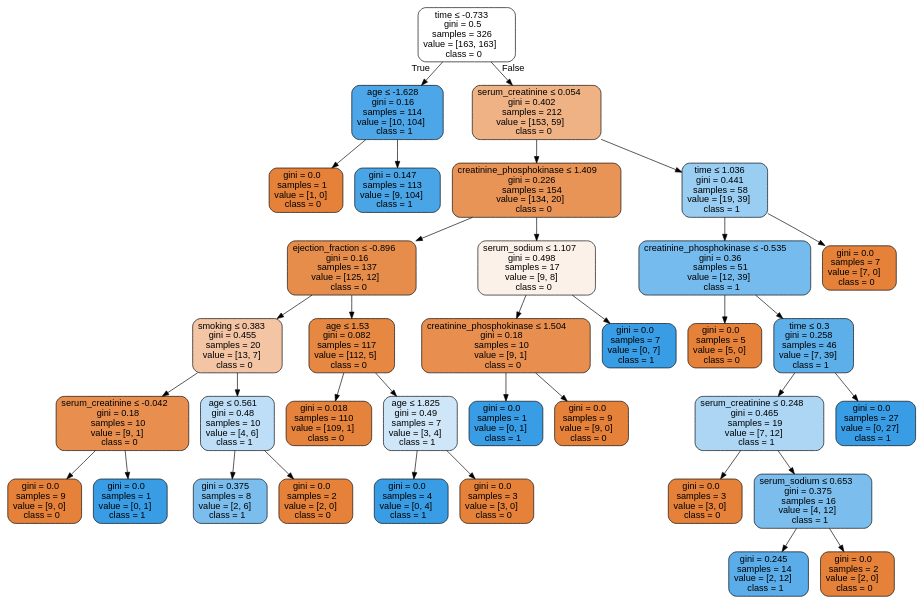
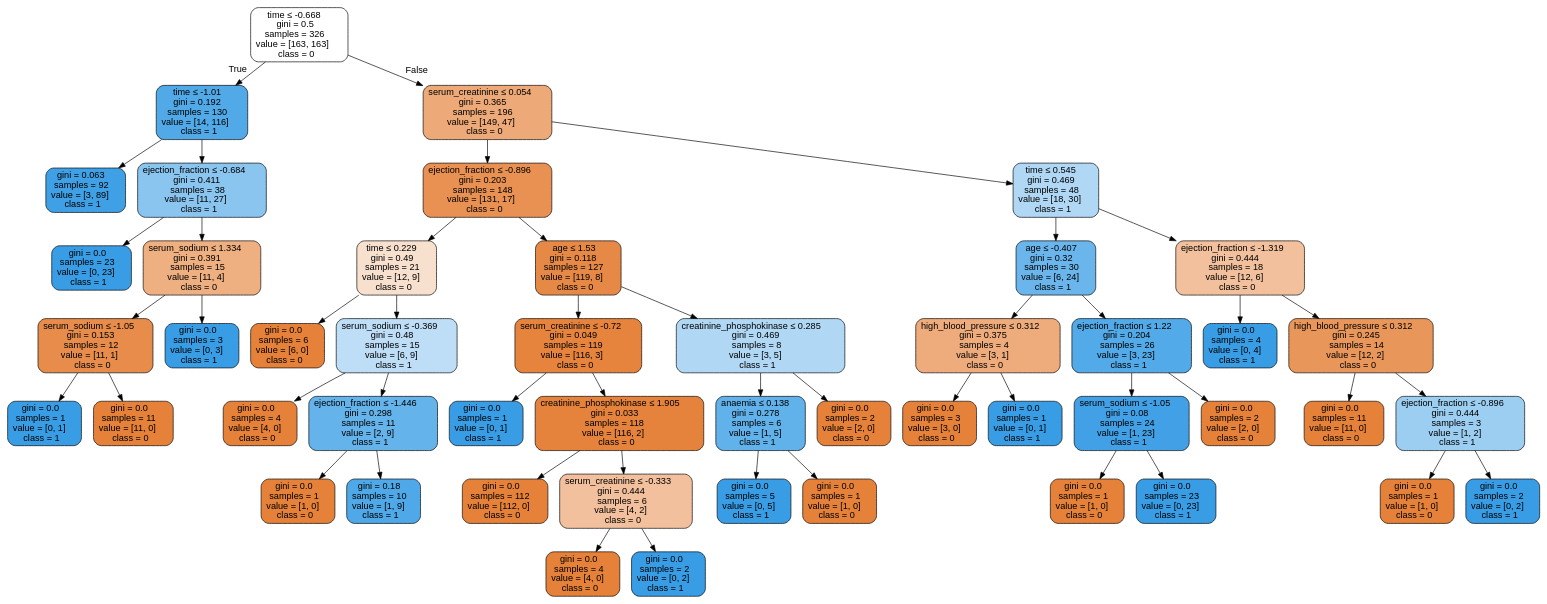
One commit to isabelSoares/CD-2021 changed the diagram in Labs/NewClassifiers/Results/DecisionTrees/OverSample/ - Scaling & Feature Selection/HFCR - OverSample - dtree.dot. Above: the diagram before and after it, drawn with Graphviz. The commit also changed 261 other files, not shown here.

```diff
--- a/Labs/NewClassifiers/Results/DecisionTrees/OverSample/ - Scaling & Feature Selection/HFCR - OverSample - dtree.dot
+++ b/Labs/NewClassifiers/Results/DecisionTrees/OverSample/ - Scaling & Feature Selection/HFCR - OverSample - dtree.dot
@@ -1,73 +1,101 @@
 digraph Tree {
 node [shape=box, style="filled, rounded", color="black", fontname=helvetica] ;
 edge [fontname=helvetica] ;
-0 [label=<time &le; -0.733<br/>gini = 0.5<br/>samples = 326<br/>value = [163, 163]<br/>class = 0>, fillcolor="#ffffff"] ;
-1 [label=<age &le; -1.628<br/>gini = 0.16<br/>samples = 114<br/>value = [10, 104]<br/>class = 1>, fillcolor="#4ca6e8"] ;
+0 [label=<time &le; -0.668<br/>gini = 0.5<br/>samples = 326<br/>value = [163, 163]<br/>class = 0>, fillcolor="#ffffff"] ;
+1 [label=<time &le; -1.01<br/>gini = 0.192<br/>samples = 130<br/>value = [14, 116]<br/>class = 1>, fillcolor="#51a9e8"] ;
 0 -> 1 [labeldistance=2.5, labelangle=45, headlabel="True"] ;
-2 [label=<gini = 0.0<br/>samples = 1<br/>value = [1, 0]<br/>class = 0>, fillcolor="#e58139"] ;
+2 [label=<gini = 0.063<br/>samples = 92<br/>value = [3, 89]<br/>class = 1>, fillcolor="#40a0e6"] ;
 1 -> 2 ;
-3 [label=<gini = 0.147<br/>samples = 113<br/>value = [9, 104]<br/>class = 1>, fillcolor="#4aa5e7"] ;
+3 [label=<ejection_fraction &le; -0.684<br/>gini = 0.411<br/>samples = 38<br/>value = [11, 27]<br/>class = 1>, fillcolor="#8ac5f0"] ;
 1 -> 3 ;
-4 [label=<serum_creatinine &le; 0.054<br/>gini = 0.402<br/>samples = 212<br/>value = [153, 59]<br/>class = 0>, fillcolor="#efb285"] ;
-0 -> 4 [labeldistance=2.5, labelangle=-45, headlabel="False"] ;
-5 [label=<creatinine_phosphokinase &le; 1.409<br/>gini = 0.226<br/>samples = 154<br/>value = [134, 20]<br/>class = 0>, fillcolor="#e99457"] ;
-4 -> 5 ;
-6 [label=<ejection_fraction &le; -0.896<br/>gini = 0.16<br/>samples = 137<br/>value = [125, 12]<br/>class = 0>, fillcolor="#e78d4c"] ;
+4 [label=<gini = 0.0<br/>samples = 23<br/>value = [0, 23]<br/>class = 1>, fillcolor="#399de5"] ;
+3 -> 4 ;
+5 [label=<serum_sodium &le; 1.334<br/>gini = 0.391<br/>samples = 15<br/>value = [11, 4]<br/>class = 0>, fillcolor="#eeaf81"] ;
+3 -> 5 ;
+6 [label=<serum_sodium &le; -1.05<br/>gini = 0.153<br/>samples = 12<br/>value = [11, 1]<br/>class = 0>, fillcolor="#e78c4b"] ;
 5 -> 6 ;
-7 [label=<smoking &le; 0.383<br/>gini = 0.455<br/>samples = 20<br/>value = [13, 7]<br/>class = 0>, fillcolor="#f3c5a4"] ;
+7 [label=<gini = 0.0<br/>samples = 1<br/>value = [0, 1]<br/>class = 1>, fillcolor="#399de5"] ;
 6 -> 7 ;
-8 [label=<serum_creatinine &le; -0.042<br/>gini = 0.18<br/>samples = 10<br/>value = [9, 1]<br/>class = 0>, fillcolor="#e88f4f"] ;
-7 -> 8 ;
-9 [label=<gini = 0.0<br/>samples = 9<br/>value = [9, 0]<br/>class = 0>, fillcolor="#e58139"] ;
-8 -> 9 ;
-10 [label=<gini = 0.0<br/>samples = 1<br/>value = [0, 1]<br/>class = 1>, fillcolor="#399de5"] ;
-8 -> 10 ;
-11 [label=<age &le; 0.561<br/>gini = 0.48<br/>samples = 10<br/>value = [4, 6]<br/>class = 1>, fillcolor="#bddef6"] ;
-7 -> 11 ;
-12 [label=<gini = 0.375<br/>samples = 8<br/>value = [2, 6]<br/>class = 1>, fillcolor="#7bbeee"] ;
+8 [label=<gini = 0.0<br/>samples = 11<br/>value = [11, 0]<br/>class = 0>, fillcolor="#e58139"] ;
+6 -> 8 ;
+9 [label=<gini = 0.0<br/>samples = 3<br/>value = [0, 3]<br/>class = 1>, fillcolor="#399de5"] ;
+5 -> 9 ;
+10 [label=<serum_creatinine &le; 0.054<br/>gini = 0.365<br/>samples = 196<br/>value = [149, 47]<br/>class = 0>, fillcolor="#eda977"] ;
+0 -> 10 [labeldistance=2.5, labelangle=-45, headlabel="False"] ;
+11 [label=<ejection_fraction &le; -0.896<br/>gini = 0.203<br/>samples = 148<br/>value = [131, 17]<br/>class = 0>, fillcolor="#e89153"] ;
+10 -> 11 ;
+12 [label=<time &le; 0.229<br/>gini = 0.49<br/>samples = 21<br/>value = [12, 9]<br/>class = 0>, fillcolor="#f8e0ce"] ;
 11 -> 12 ;
-13 [label=<gini = 0.0<br/>samples = 2<br/>value = [2, 0]<br/>class = 0>, fillcolor="#e58139"] ;
-11 -> 13 ;
-14 [label=<age &le; 1.53<br/>gini = 0.082<br/>samples = 117<br/>value = [112, 5]<br/>class = 0>, fillcolor="#e68742"] ;
-6 -> 14 ;
-15 [label=<gini = 0.018<br/>samples = 110<br/>value = [109, 1]<br/>class = 0>, fillcolor="#e5823b"] ;
+13 [label=<gini = 0.0<br/>samples = 6<br/>value = [6, 0]<br/>class = 0>, fillcolor="#e58139"] ;
+12 -> 13 ;
+14 [label=<serum_sodium &le; -0.369<br/>gini = 0.48<br/>samples = 15<br/>value = [6, 9]<br/>class = 1>, fillcolor="#bddef6"] ;
+12 -> 14 ;
+15 [label=<gini = 0.0<br/>samples = 4<br/>value = [4, 0]<br/>class = 0>, fillcolor="#e58139"] ;
 14 -> 15 ;
-16 [label=<age &le; 1.825<br/>gini = 0.49<br/>samples = 7<br/>value = [3, 4]<br/>class = 1>, fillcolor="#cee6f8"] ;
+16 [label=<ejection_fraction &le; -1.446<br/>gini = 0.298<br/>samples = 11<br/>value = [2, 9]<br/>class = 1>, fillcolor="#65b3eb"] ;
 14 -> 16 ;
-17 [label=<gini = 0.0<br/>samples = 4<br/>value = [0, 4]<br/>class = 1>, fillcolor="#399de5"] ;
+17 [label=<gini = 0.0<br/>samples = 1<br/>value = [1, 0]<br/>class = 0>, fillcolor="#e58139"] ;
 16 -> 17 ;
-18 [label=<gini = 0.0<br/>samples = 3<br/>value = [3, 0]<br/>class = 0>, fillcolor="#e58139"] ;
+18 [label=<gini = 0.18<br/>samples = 10<br/>value = [1, 9]<br/>class = 1>, fillcolor="#4fa8e8"] ;
 16 -> 18 ;
-19 [label=<serum_sodium &le; 1.107<br/>gini = 0.498<br/>samples = 17<br/>value = [9, 8]<br/>class = 0>, fillcolor="#fcf1e9"] ;
-5 -> 19 ;
-20 [label=<creatinine_phosphokinase &le; 1.504<br/>gini = 0.18<br/>samples = 10<br/>value = [9, 1]<br/>class = 0>, fillcolor="#e88f4f"] ;
+19 [label=<age &le; 1.53<br/>gini = 0.118<br/>samples = 127<br/>value = [119, 8]<br/>class = 0>, fillcolor="#e78946"] ;
+11 -> 19 ;
+20 [label=<serum_creatinine &le; -0.72<br/>gini = 0.049<br/>samples = 119<br/>value = [116, 3]<br/>class = 0>, fillcolor="#e6843e"] ;
 19 -> 20 ;
 21 [label=<gini = 0.0<br/>samples = 1<br/>value = [0, 1]<br/>class = 1>, fillcolor="#399de5"] ;
 20 -> 21 ;
-22 [label=<gini = 0.0<br/>samples = 9<br/>value = [9, 0]<br/>class = 0>, fillcolor="#e58139"] ;
+22 [label=<creatinine_phosphokinase &le; 1.905<br/>gini = 0.033<br/>samples = 118<br/>value = [116, 2]<br/>class = 0>, fillcolor="#e5833c"] ;
 20 -> 22 ;
-23 [label=<gini = 0.0<br/>samples = 7<br/>value = [0, 7]<br/>class = 1>, fillcolor="#399de5"] ;
-19 -> 23 ;
-24 [label=<time &le; 1.036<br/>gini = 0.441<br/>samples = 58<br/>value = [19, 39]<br/>class = 1>, fillcolor="#99cdf2"] ;
-4 -> 24 ;
-25 [label=<creatinine_phosphokinase &le; -0.535<br/>gini = 0.36<br/>samples = 51<br/>value = [12, 39]<br/>class = 1>, fillcolor="#76bbed"] ;
+23 [label=<gini = 0.0<br/>samples = 112<br/>value = [112, 0]<br/>class = 0>, fillcolor="#e58139"] ;
+22 -> 23 ;
+24 [label=<serum_creatinine &le; -0.333<br/>gini = 0.444<br/>samples = 6<br/>value = [4, 2]<br/>class = 0>, fillcolor="#f2c09c"] ;
+22 -> 24 ;
+25 [label=<gini = 0.0<br/>samples = 4<br/>value = [4, 0]<br/>class = 0>, fillcolor="#e58139"] ;
 24 -> 25 ;
-26 [label=<gini = 0.0<br/>samples = 5<br/>value = [5, 0]<br/>class = 0>, fillcolor="#e58139"] ;
-25 -> 26 ;
-27 [label=<time &le; 0.3<br/>gini = 0.258<br/>samples = 46<br/>value = [7, 39]<br/>class = 1>, fillcolor="#5dafea"] ;
-25 -> 27 ;
-28 [label=<serum_creatinine &le; 0.248<br/>gini = 0.465<br/>samples = 19<br/>value = [7, 12]<br/>class = 1>, fillcolor="#acd6f4"] ;
+26 [label=<gini = 0.0<br/>samples = 2<br/>value = [0, 2]<br/>class = 1>, fillcolor="#399de5"] ;
+24 -> 26 ;
+27 [label=<creatinine_phosphokinase &le; 0.285<br/>gini = 0.469<br/>samples = 8<br/>value = [3, 5]<br/>class = 1>, fillcolor="#b0d8f5"] ;
+19 -> 27 ;
+28 [label=<anaemia &le; 0.138<br/>gini = 0.278<br/>samples = 6<br/>value = [1, 5]<br/>class = 1>, fillcolor="#61b1ea"] ;
 27 -> 28 ;
-29 [label=<gini = 0.0<br/>samples = 3<br/>value = [3, 0]<br/>class = 0>, fillcolor="#e58139"] ;
+29 [label=<gini = 0.0<br/>samples = 5<br/>value = [0, 5]<br/>class = 1>, fillcolor="#399de5"] ;
 28 -> 29 ;
-30 [label=<serum_sodium &le; 0.653<br/>gini = 0.375<br/>samples = 16<br/>value = [4, 12]<br/>class = 1>, fillcolor="#7bbeee"] ;
+30 [label=<gini = 0.0<br/>samples = 1<br/>value = [1, 0]<br/>class = 0>, fillcolor="#e58139"] ;
 28 -> 30 ;
-31 [label=<gini = 0.245<br/>samples = 14<br/>value = [2, 12]<br/>class = 1>, fillcolor="#5aade9"] ;
-30 -> 31 ;
-32 [label=<gini = 0.0<br/>samples = 2<br/>value = [2, 0]<br/>class = 0>, fillcolor="#e58139"] ;
-30 -> 32 ;
-33 [label=<gini = 0.0<br/>samples = 27<br/>value = [0, 27]<br/>class = 1>, fillcolor="#399de5"] ;
-27 -> 33 ;
-34 [label=<gini = 0.0<br/>samples = 7<br/>value = [7, 0]<br/>class = 0>, fillcolor="#e58139"] ;
-24 -> 34 ;
+31 [label=<gini = 0.0<br/>samples = 2<br/>value = [2, 0]<br/>class = 0>, fillcolor="#e58139"] ;
+27 -> 31 ;
+32 [label=<time &le; 0.545<br/>gini = 0.469<br/>samples = 48<br/>value = [18, 30]<br/>class = 1>, fillcolor="#b0d8f5"] ;
+10 -> 32 ;
+33 [label=<age &le; -0.407<br/>gini = 0.32<br/>samples = 30<br/>value = [6, 24]<br/>class = 1>, fillcolor="#6ab6ec"] ;
+32 -> 33 ;
+34 [label=<high_blood_pressure &le; 0.312<br/>gini = 0.375<br/>samples = 4<br/>value = [3, 1]<br/>class = 0>, fillcolor="#eeab7b"] ;
+33 -> 34 ;
+35 [label=<gini = 0.0<br/>samples = 3<br/>value = [3, 0]<br/>class = 0>, fillcolor="#e58139"] ;
+34 -> 35 ;
+36 [label=<gini = 0.0<br/>samples = 1<br/>value = [0, 1]<br/>class = 1>, fillcolor="#399de5"] ;
+34 -> 36 ;
+37 [label=<ejection_fraction &le; 1.22<br/>gini = 0.204<br/>samples = 26<br/>value = [3, 23]<br/>class = 1>, fillcolor="#53aae8"] ;
+33 -> 37 ;
+38 [label=<serum_sodium &le; -1.05<br/>gini = 0.08<br/>samples = 24<br/>value = [1, 23]<br/>class = 1>, fillcolor="#42a1e6"] ;
+37 -> 38 ;
+39 [label=<gini = 0.0<br/>samples = 1<br/>value = [1, 0]<br/>class = 0>, fillcolor="#e58139"] ;
+38 -> 39 ;
+40 [label=<gini = 0.0<br/>samples = 23<br/>value = [0, 23]<br/>class = 1>, fillcolor="#399de5"] ;
+38 -> 40 ;
+41 [label=<gini = 0.0<br/>samples = 2<br/>value = [2, 0]<br/>class = 0>, fillcolor="#e58139"] ;
+37 -> 41 ;
+42 [label=<ejection_fraction &le; -1.319<br/>gini = 0.444<br/>samples = 18<br/>value = [12, 6]<br/>class = 0>, fillcolor="#f2c09c"] ;
+32 -> 42 ;
+43 [label=<gini = 0.0<br/>samples = 4<br/>value = [0, 4]<br/>class = 1>, fillcolor="#399de5"] ;
+42 -> 43 ;
+44 [label=<high_blood_pressure &le; 0.312<br/>gini = 0.245<br/>samples = 14<br/>value = [12, 2]<br/>class = 0>, fillcolor="#e9965a"] ;
+42 -> 44 ;
+45 [label=<gini = 0.0<br/>samples = 11<br/>value = [11, 0]<br/>class = 0>, fillcolor="#e58139"] ;
+44 -> 45 ;
+46 [label=<ejection_fraction &le; -0.896<br/>gini = 0.444<br/>samples = 3<br/>value = [1, 2]<br/>class = 1>, fillcolor="#9ccef2"] ;
+44 -> 46 ;
+47 [label=<gini = 0.0<br/>samples = 1<br/>value = [1, 0]<br/>class = 0>, fillcolor="#e58139"] ;
+46 -> 47 ;
+48 [label=<gini = 0.0<br/>samples = 2<br/>value = [0, 2]<br/>class = 1>, fillcolor="#399de5"] ;
+46 -> 48 ;
 }
```
